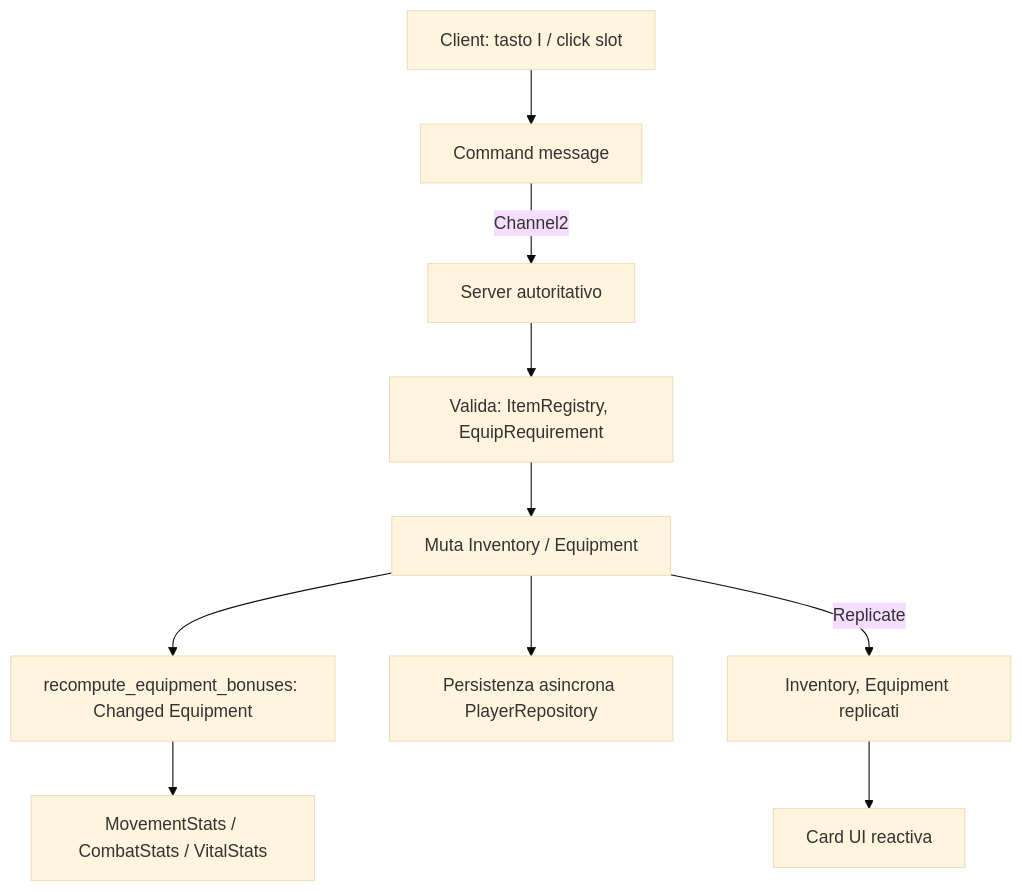
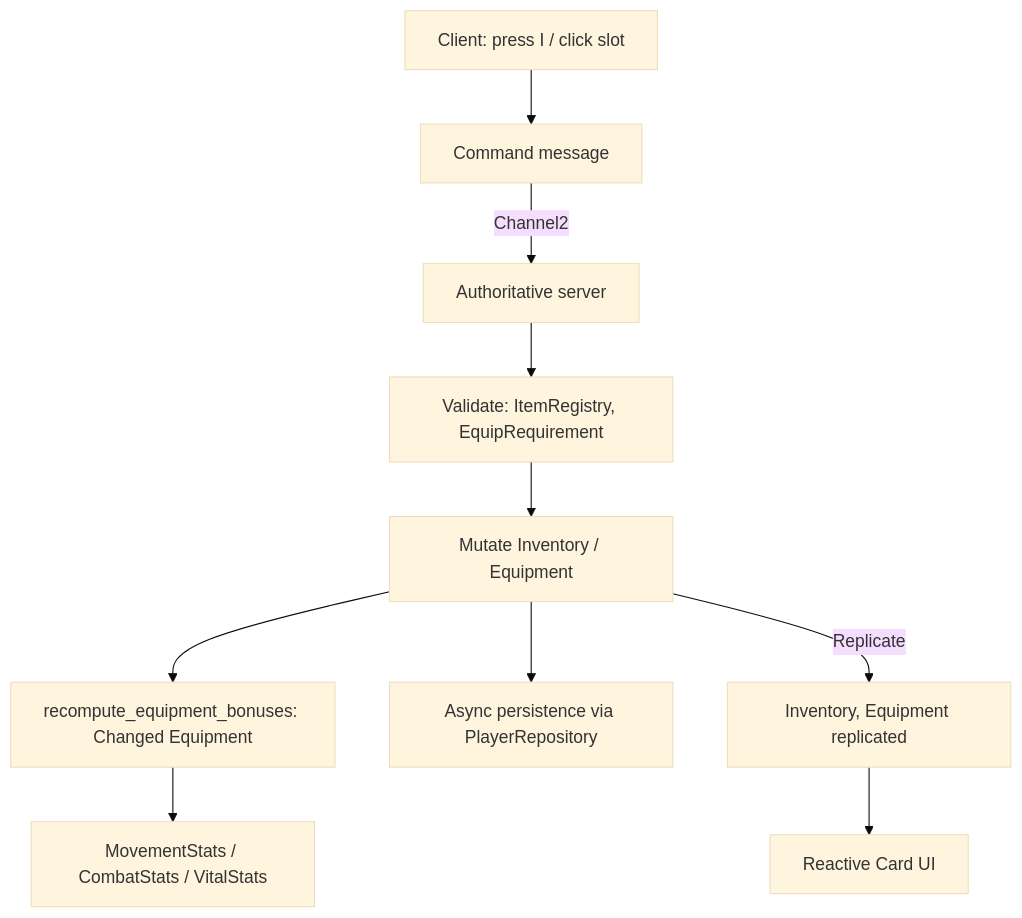
One commit to alessandrobrunoh/BevyMMO changed the first of 2 diagrams in plans/inventory-system.md. Above: the diagram before and after it, drawn with Mermaid (base theme). The commit also changed other lines of this file and 1 other file, not shown here.

First line of the commit message:
Update inventory plan and add placeable catalog

````diff
--- a/plans/inventory-system.md
+++ b/plans/inventory-system.md
@@ -48,12 +54,12 @@
 ```mermaid
 flowchart TD
-    Input[Client: tasto I / click slot] --> Cmd[Command message]
-    Cmd -->|Channel2| Server[Server autoritativo]
-    Server --> Validate[Valida: ItemRegistry, EquipRequirement]
-    Validate --> Apply[Muta Inventory / Equipment]
+    Input[Client: press I / click slot] --> Cmd[Command message]
+    Cmd -->|Channel2| Server[Authoritative server]
+    Server --> Validate[Validate: ItemRegistry, EquipRequirement]
+    Validate --> Apply[Mutate Inventory / Equipment]
     Apply --> Recompute[recompute_equipment_bonuses: Changed Equipment]
     Recompute --> DerivedStats[MovementStats / CombatStats / VitalStats]
-    Apply --> Persist[Persistenza asincrona PlayerRepository]
-    Apply -->|Replicate| ClientState[Inventory, Equipment replicati]
-    ClientState --> UI[Card UI reactiva]
+    Apply --> Persist[Async persistence via PlayerRepository]
+    Apply -->|Replicate| ClientState[Inventory, Equipment replicated]
+    ClientState --> UI[Reactive Card UI]
 ```
````
